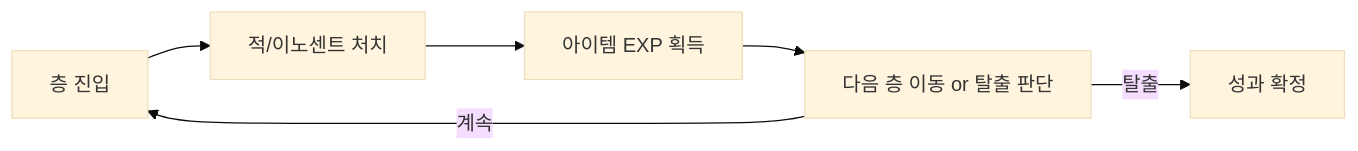
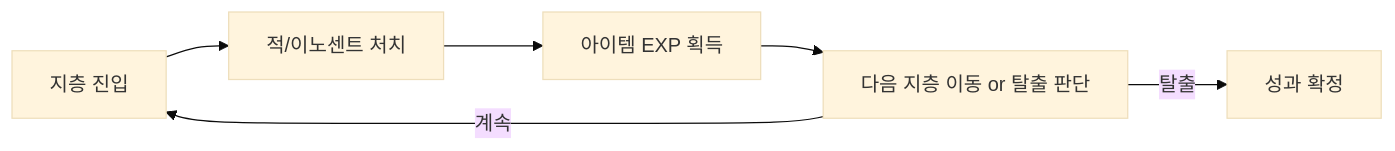
The third of 4 diagrams in Documents/Design/Design_CoreLoop_Circulation.md (Biskraft/ProjectAbyss), drawn with Mermaid (base theme) before and after one commit. The commit also changed other lines of this file and 18 other files, not shown here.

````diff
--- a/Documents/Design/Design_CoreLoop_Circulation.md
+++ b/Documents/Design/Design_CoreLoop_Circulation.md
@@ -131,8 +131,8 @@
 ```mermaid
 graph LR
-    I1["층 진입"] --> I2["적/이노센트 처치"]
+    I1["지층 진입"] --> I2["적/이노센트 처치"]
     I2 --> I3["아이템 EXP 획득"]
-    I3 --> I4["다음 층 이동 or 탈출 판단"]
+    I3 --> I4["다음 지층 이동 or 탈출 판단"]
     I4 -->|계속| I1
     I4 -->|탈출| I5["성과 확정"]
 ```
````
